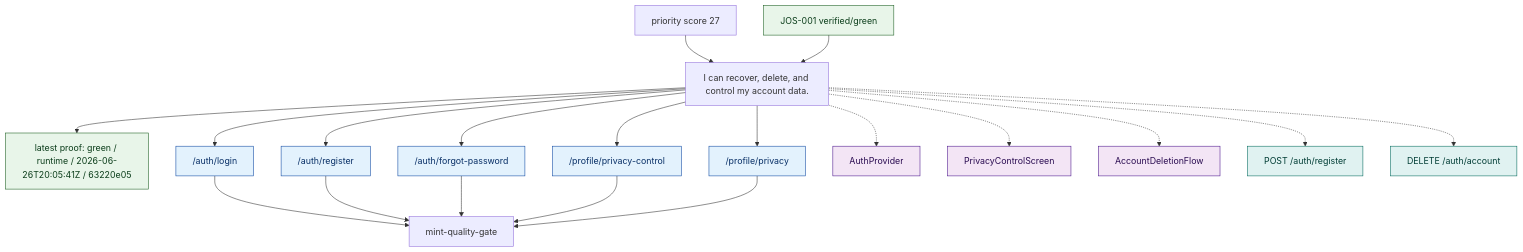
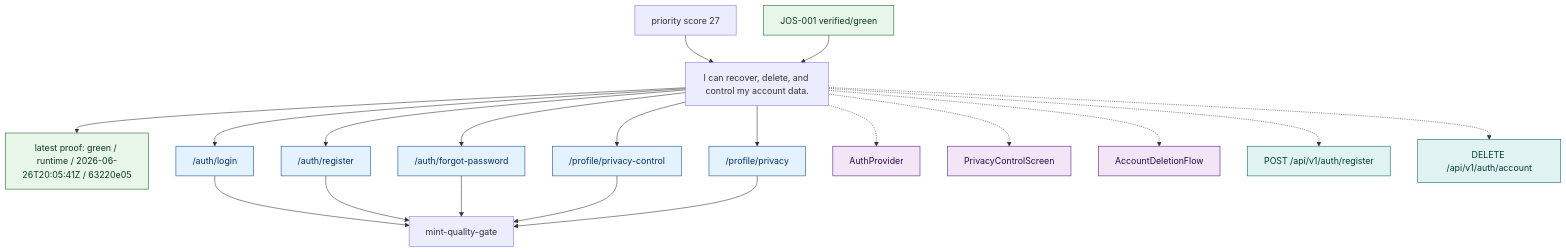
Before and after one commit to MINT-IA/MINT: the diagram in .planning/journeys/diagrams/account_lifecycle_delete.mmd, drawn with Mermaid. The commit also changed 36 other files, not shown here.

```diff
--- a/.planning/journeys/diagrams/account_lifecycle_delete.mmd
+++ b/.planning/journeys/diagrams/account_lifecycle_delete.mmd
@@ -1,55 +1,55 @@
 %% Generated from .planning/journeys/records/account_lifecycle_delete.json
 flowchart TD
   promise["I can recover, delete, and control my account data."]
   team["mint-quality-gate"]
   latest["latest proof: green / runtime / 2026-06-26T20:05:41Z / 63220e05"]
   promise --> latest
   classDef green fill:#e8f5e9,stroke:#1b5e20,color:#0b3d1a;
   classDef red fill:#ffebee,stroke:#b71c1c,color:#5f1111;
   classDef amber fill:#fff8e1,stroke:#ff8f00,color:#5f3b00;
   classDef blocked fill:#eceff1,stroke:#455a64,color:#263238;
   classDef neutral fill:#f5f5f5,stroke:#616161,color:#212121;
   classDef route fill:#e3f2fd,stroke:#0d47a1,color:#082f66;
   classDef surface fill:#f3e5f5,stroke:#4a148c,color:#2b0d52;
   classDef api fill:#e0f2f1,stroke:#00695c,color:#003d35;
   class latest green
   priority["priority score 27"]
   priority --> promise
   route_auth_login["/auth/login"]
   promise --> route_auth_login
   route_auth_login --> team
   class route_auth_login route
   route_auth_register["/auth/register"]
   promise --> route_auth_register
   route_auth_register --> team
   class route_auth_register route
   route_auth_forgot_password["/auth/forgot-password"]
   promise --> route_auth_forgot_password
   route_auth_forgot_password --> team
   class route_auth_forgot_password route
   route_profile_privacy_control["/profile/privacy-control"]
   promise --> route_profile_privacy_control
   route_profile_privacy_control --> team
   class route_profile_privacy_control route
   route_profile_privacy["/profile/privacy"]
   promise --> route_profile_privacy
   route_profile_privacy --> team
   class route_profile_privacy route
   surface_AuthProvider["AuthProvider"]
   promise -.-> surface_AuthProvider
   class surface_AuthProvider surface
   surface_PrivacyControlScreen["PrivacyControlScreen"]
   promise -.-> surface_PrivacyControlScreen
   class surface_PrivacyControlScreen surface
   surface_AccountDeletionFlow["AccountDeletionFlow"]
   promise -.-> surface_AccountDeletionFlow
   class surface_AccountDeletionFlow surface
-  api_POST_auth_register["POST /auth/register"]
-  promise -.-> api_POST_auth_register
-  class api_POST_auth_register api
-  api_DELETE_auth_account["DELETE /auth/account"]
-  promise -.-> api_DELETE_auth_account
-  class api_DELETE_auth_account api
+  api_POST_api_v1_auth_register["POST /api/v1/auth/register"]
+  promise -.-> api_POST_api_v1_auth_register
+  class api_POST_api_v1_auth_register api
+  api_DELETE_api_v1_auth_account["DELETE /api/v1/auth/account"]
+  promise -.-> api_DELETE_api_v1_auth_account
+  class api_DELETE_api_v1_auth_account api
   issue_JOS_001["JOS-001 verified/green"]
   issue_JOS_001 --> promise
   class issue_JOS_001 green
```
